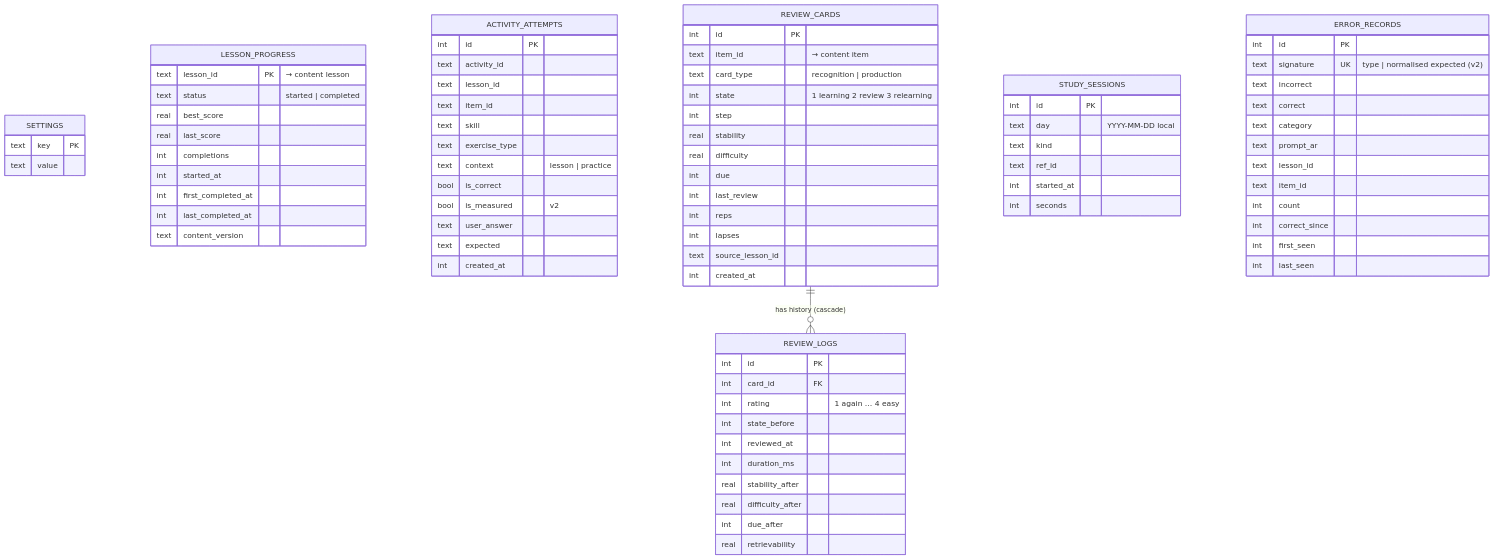
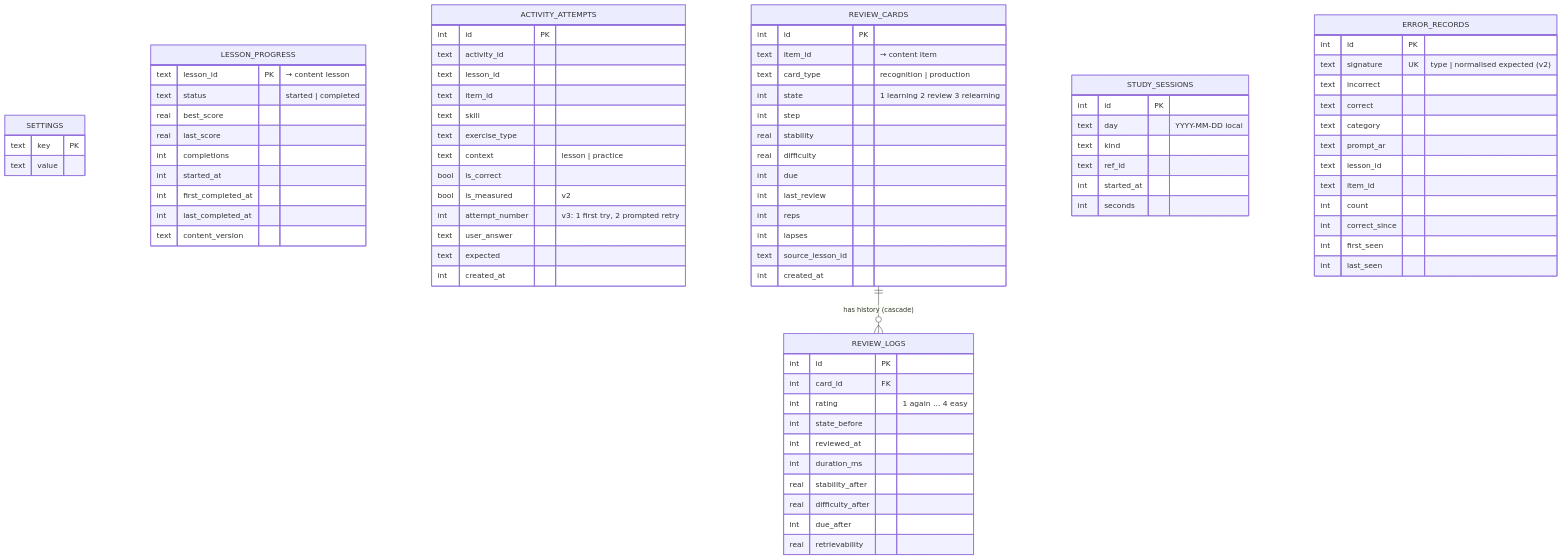
Before and after one commit to abdulrahmanal-saeed/Espa-ol-Pro: the diagram in docs/DATABASE.md, drawn with Mermaid. The commit also changed other lines of this file and 19 other files, not shown here.

````diff
--- a/docs/DATABASE.md
+++ b/docs/DATABASE.md
@@ -12,48 +12,49 @@
 ```mermaid
 erDiagram
     SETTINGS { text key PK  text value }
     LESSON_PROGRESS {
         text lesson_id PK "→ content lesson"
         text status "started | completed"
         real best_score  real last_score  int completions
         int started_at  int first_completed_at  int last_completed_at
         text content_version
     }
     ACTIVITY_ATTEMPTS {
         int id PK
         text activity_id  text lesson_id  text item_id
         text skill  text exercise_type  text context "lesson | practice"
         bool is_correct  bool is_measured "v2"
+        int attempt_number "v3: 1 first try, 2 prompted retry"
         text user_answer  text expected  int created_at
     }
     REVIEW_CARDS {
         int id PK
         text item_id "→ content item"
         text card_type "recognition | production"
         int state "1 learning 2 review 3 relearning"
         int step  real stability  real difficulty
         int due  int last_review  int reps  int lapses
         text source_lesson_id  int created_at
     }
     REVIEW_LOGS {
         int id PK
         int card_id FK
         int rating "1 again … 4 easy"
         int state_before  int reviewed_at  int duration_ms
         real stability_after  real difficulty_after  int due_after
         real retrievability
     }
     STUDY_SESSIONS {
         int id PK
         text day "YYYY-MM-DD local"
         text kind  text ref_id  int started_at  int seconds
     }
     ERROR_RECORDS {
         int id PK
         text signature UK "type | normalised expected (v2)"
         text incorrect  text correct  text category  text prompt_ar
         text lesson_id  text item_id
         int count  int correct_since  int first_seen  int last_seen
     }
     REVIEW_CARDS ||--o{ REVIEW_LOGS : "has history (cascade)"
 ```
````
